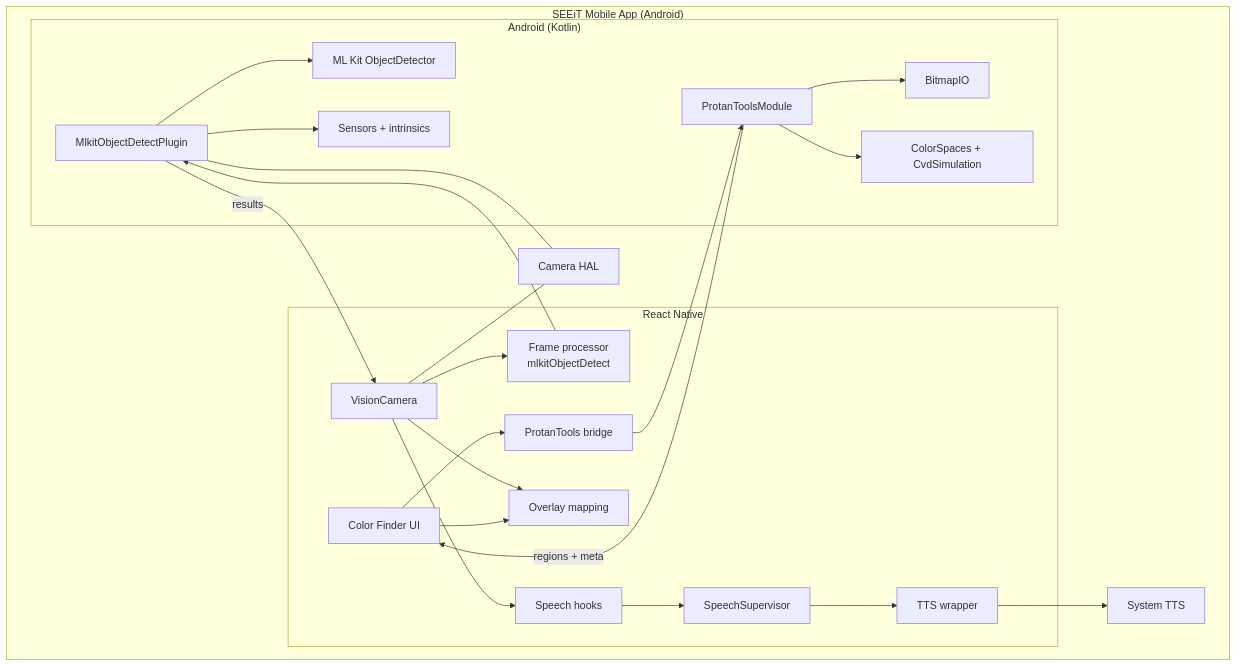
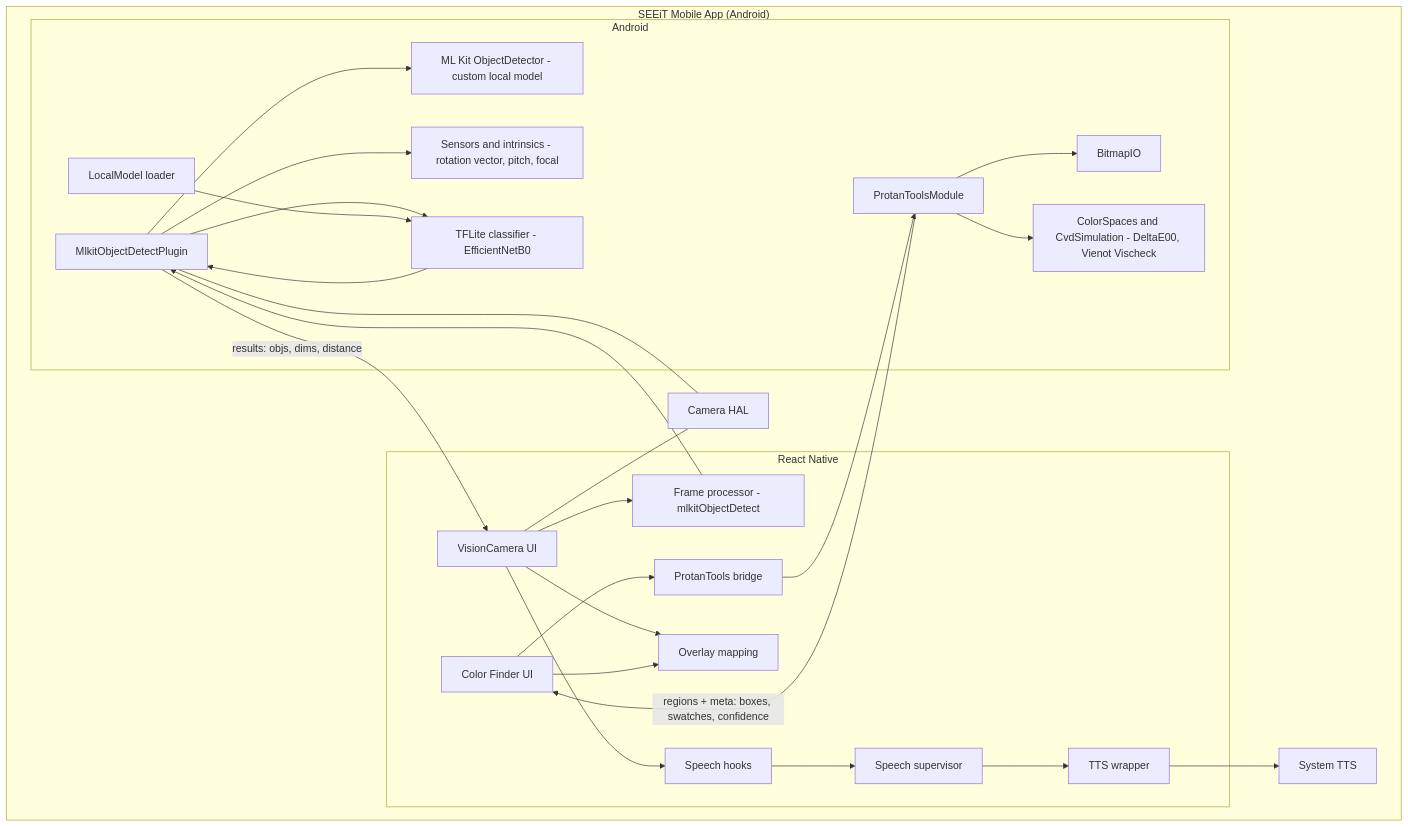
One commit to Kinosaur/SEEiT-CV changed the fifth of 5 diagrams in app/system_architecture.md. Above: the diagram before and after it, drawn with Mermaid.

````diff
--- a/app/system_architecture.md
+++ b/app/system_architecture.md
@@ -139,45 +139,54 @@
 ```mermaid
 flowchart TB
   subgraph App["SEEiT Mobile App (Android)"]
+    %% RN (JS/TS)
     subgraph RN["React Native"]
-      vcjs["VisionCamera"]
-      fpcall["Frame processor\nmlkitObjectDetect"]
+      vcjs["VisionCamera UI"]
+      fpcall["Frame processor - mlkitObjectDetect"]
       speech_hooks["Speech hooks"]
-      speech_sup["SpeechSupervisor"]
+      speech_sup["Speech supervisor"]
       tts_wrap["TTS wrapper"]
       uicf["Color Finder UI"]
       prot_bridge["ProtanTools bridge"]
       overlay["Overlay mapping"]
     end
 
-    subgraph Native["Android (Kotlin)"]
+    %% Android (Kotlin)
+    subgraph Native["Android"]
       plugin["MlkitObjectDetectPlugin"]
-      mlkit["ML Kit ObjectDetector"]
-      sensors["Sensors + intrinsics"]
+      mlkit["ML Kit ObjectDetector - custom local model"]
+      tfl["TFLite classifier - EfficientNetB0"]
+      model_loader["LocalModel loader"]
+      sensors["Sensors and intrinsics - rotation vector, pitch, focal"]
       prot_mod["ProtanToolsModule"]
       bitmap["BitmapIO"]
-      colorsci["ColorSpaces + CvdSimulation"]
+      colorsci["ColorSpaces and CvdSimulation - DeltaE00, Vienot Vischeck"]
     end
 
     sys_tts["System TTS"]
     cam["Camera HAL"]
   end
 
   %% Live detection path
-  vcjs --> fpcall --> plugin --> mlkit
+  vcjs --> fpcall --> plugin
+  plugin --> mlkit
   plugin --> sensors
-  plugin -->|results| vcjs
+  plugin --> tfl
+  tfl --> plugin
+  model_loader --> tfl
+  plugin -->|results: objs, dims, distance| vcjs
+
   vcjs --> speech_hooks --> speech_sup --> tts_wrap --> sys_tts
   vcjs --> overlay
 
   %% Color Finder path
   uicf --> prot_bridge --> prot_mod
   prot_mod --> bitmap
   prot_mod --> colorsci
-  prot_mod -->|regions + meta| uicf
+  prot_mod -->|regions + meta: boxes, swatches, confidence| uicf
   uicf --> overlay
 
   %% Device
   vcjs --- cam
   plugin --- cam
 ```
````
